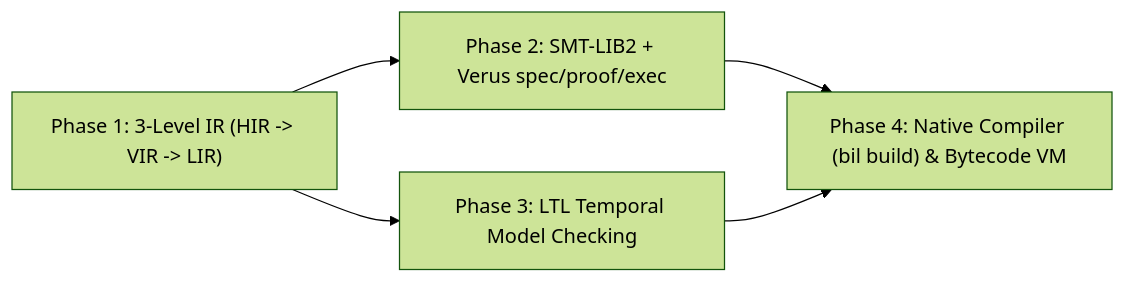
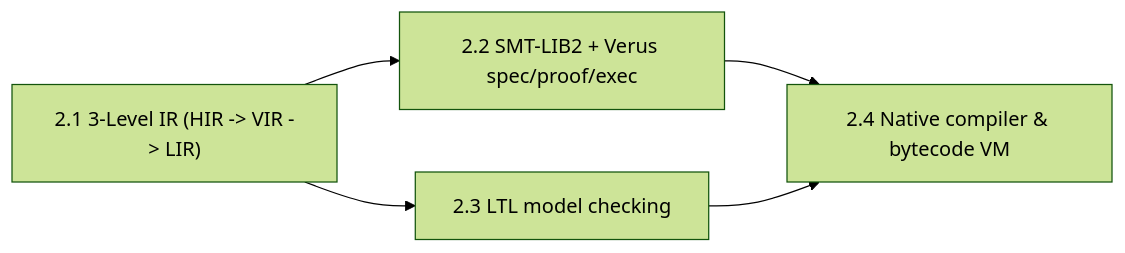
Before and after one commit to bsommers/bil: the diagram in .planning/ROADMAP.md, drawn with Mermaid (forest theme). The commit also changed other lines of this file, not shown here.

First line of the commit message:
docs(roadmap): number as Milestone.Phase.Task; milestone N = release v0.N.0

````diff
--- a/.planning/ROADMAP.md
+++ b/.planning/ROADMAP.md
@@ -10,7 +40,7 @@
 ```mermaid
 flowchart LR
-    P1["Phase 1: 3-Level IR (HIR -> VIR -> LIR)"] --> P2["Phase 2: SMT-LIB2 + Verus spec/proof/exec"]
-    P1 --> P3["Phase 3: LTL Temporal Model Checking"]
-    P2 --> P4["Phase 4: Native Compiler (bil build) & Bytecode VM"]
+    P1["2.1 3-Level IR (HIR -> VIR -> LIR)"] --> P2["2.2 SMT-LIB2 + Verus spec/proof/exec"]
+    P1 --> P3["2.3 LTL model checking"]
+    P2 --> P4["2.4 Native compiler & bytecode VM"]
     P3 --> P4
 ```
````
